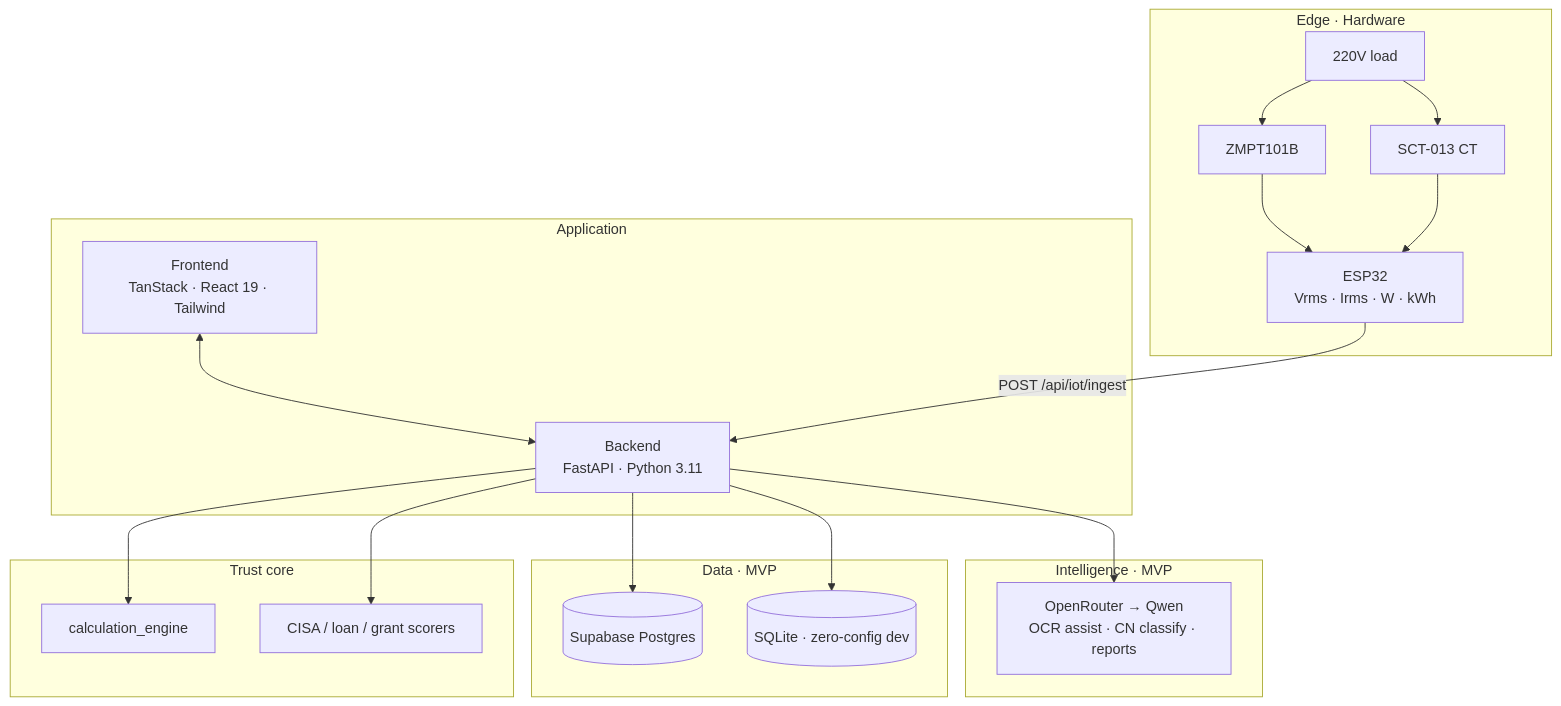
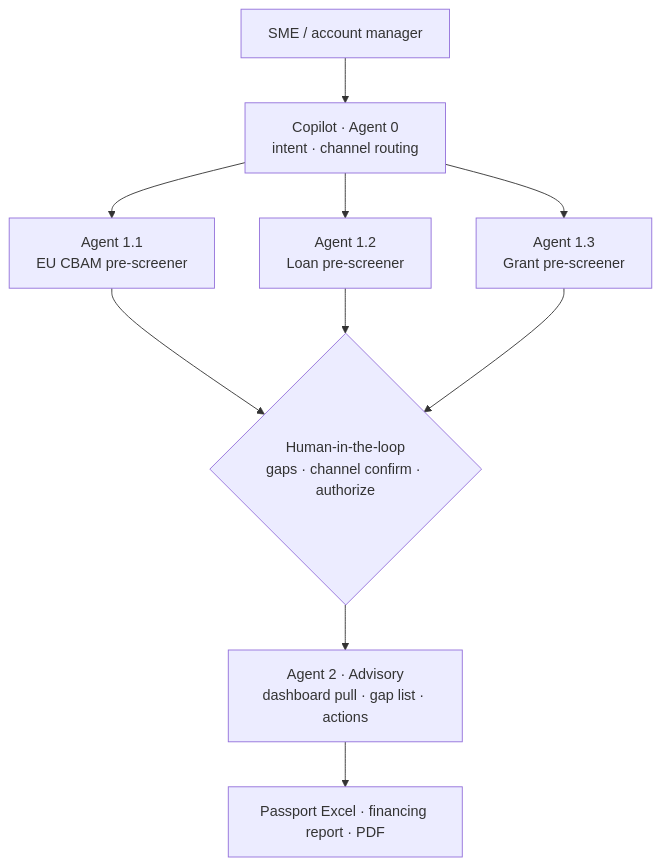
The second of 6 diagrams in README.en.md (pennythewise/GreenGru), drawn with Mermaid before and after one commit. The commit also changed other lines of this file and 1 other file, not shown here.

````diff
--- a/README.en.md
+++ b/README.en.md
@@ -60,36 +67,12 @@
 ```mermaid
 flowchart TB
-  subgraph EDGE["Edge · Hardware"]
-    AC["220V load"] --> ZMPT["ZMPT101B"]
-    AC --> SCT["SCT-013 CT"]
-    ZMPT --> ESP["ESP32<br/>Vrms · Irms · W · kWh"]
-    SCT --> ESP
-  end
-
-  subgraph APP["Application"]
-    FE["Frontend<br/>TanStack · React 19 · Tailwind"]
-    BE["Backend<br/>FastAPI · Python 3.11"]
-    FE <--> BE
-  end
-
-  subgraph AI["Intelligence · MVP"]
-    OR["OpenRouter → Qwen<br/>OCR assist · CN classify · reports"]
-  end
-
-  subgraph DATA["Data · MVP"]
-    SB[("Supabase Postgres")]
-    SQL[("SQLite · zero-config dev")]
-  end
-
-  subgraph TRUST["Trust core"]
-    ENG["calculation_engine"]
-    CISA["CISA / loan / grant scorers"]
-  end
-
-  ESP -->|"POST /api/iot/ingest"| BE
-  BE --> ENG
-  BE --> CISA
-  BE --> OR
-  BE --> SB
-  BE --> SQL
+  U["SME / account manager"] --> COP["Copilot · Agent 0<br/>intent · channel routing"]
+  COP --> P1["Agent 1.1<br/>EU CBAM pre-screener"]
+  COP --> P2["Agent 1.2<br/>Loan pre-screener"]
+  COP --> P3["Agent 1.3<br/>Grant pre-screener"]
+  P1 --> HITL{"Human-in-the-loop<br/>gaps · channel confirm · authorize"}
+  P2 --> HITL
+  P3 --> HITL
+  HITL --> ADV["Agent 2 · Advisory<br/>dashboard pull · gap list · actions"]
+  ADV --> OUT["Passport Excel · financing report · PDF"]
 ```
````
